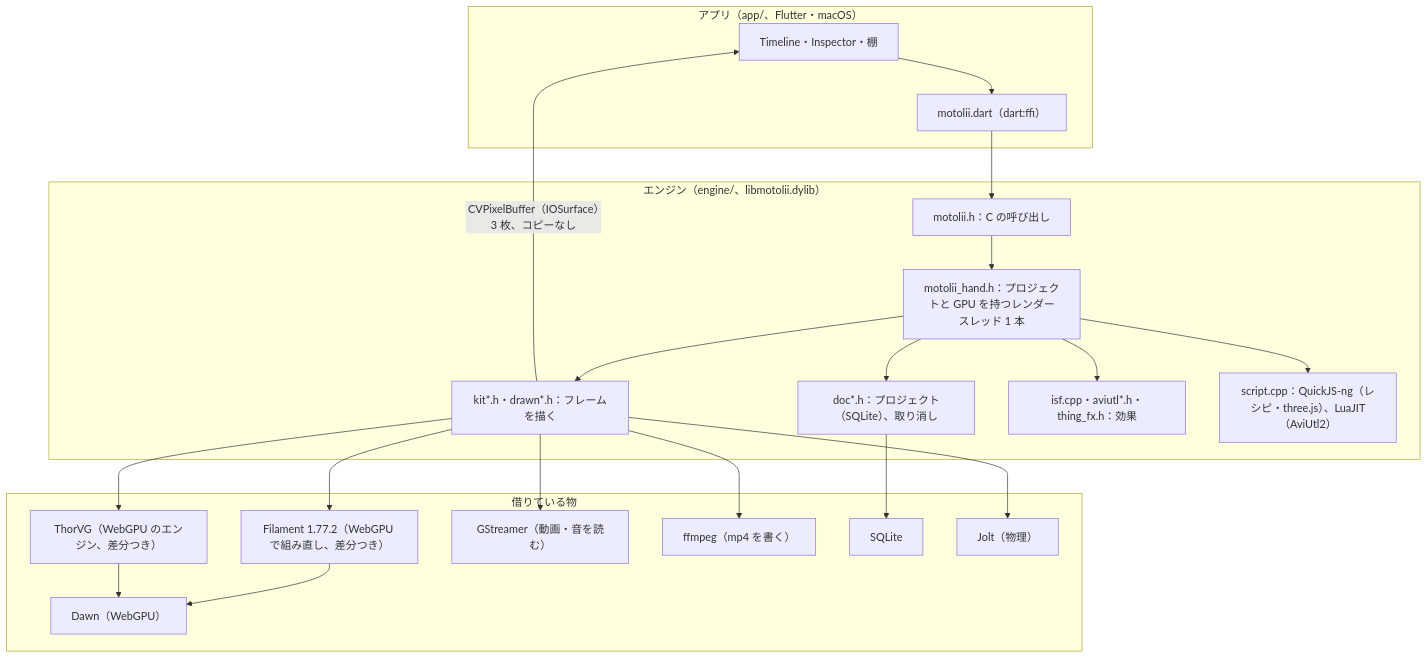
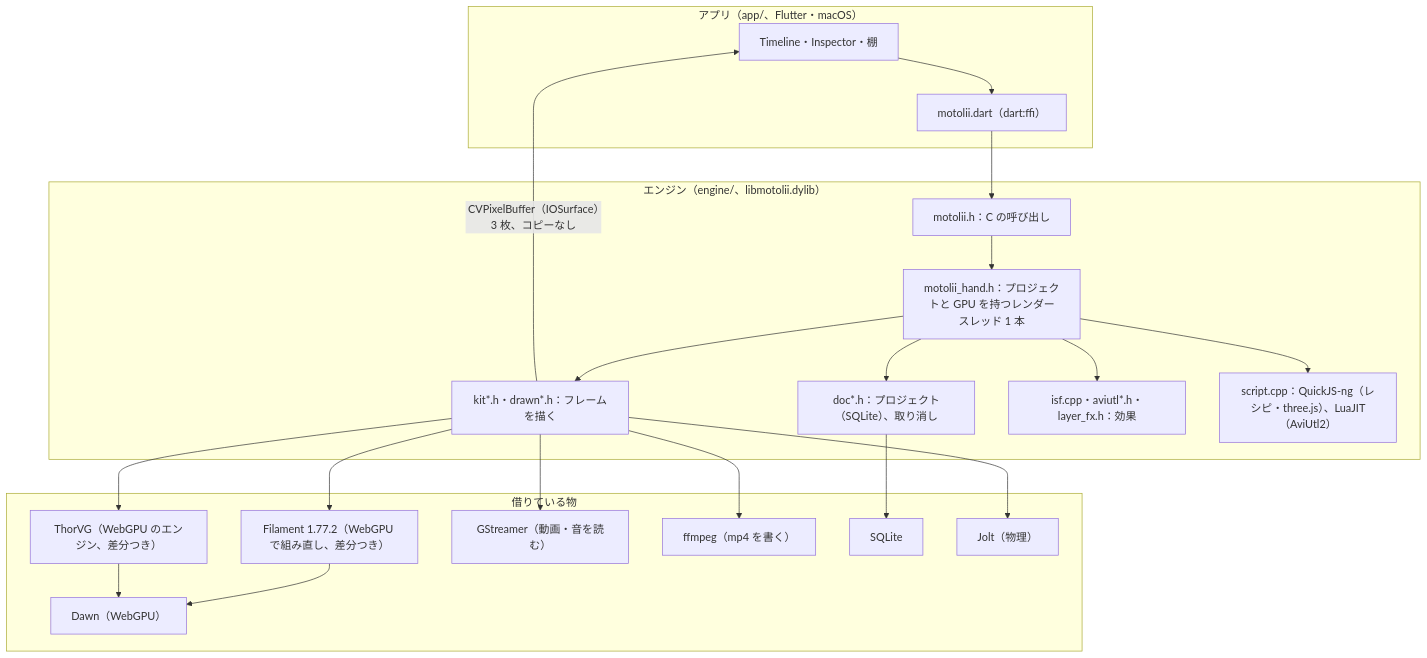
One commit to oshikaidesu/motolii changed the diagram in docs/ARCHITECTURE.md. Above: the diagram before and after it, drawn with Mermaid. The commit also changed other lines of this file and 38 other files, not shown here.

````diff
--- a/docs/ARCHITECTURE.md
+++ b/docs/ARCHITECTURE.md
@@ -9,34 +9,34 @@
 ```mermaid
 flowchart TB
   subgraph Window["アプリ（app/、Flutter・macOS）"]
     UI["Timeline・Inspector・棚"]
     FFI["motolii.dart（dart:ffi）"]
   end
   subgraph Inside["エンジン（engine/、libmotolii.dylib）"]
     API["motolii.h：C の呼び出し"]
     Hand["motolii_hand.h：プロジェクトと GPU を持つレンダースレッド 1 本"]
     Doc["doc*.h：プロジェクト（SQLite）、取り消し"]
     Kit["kit*.h・drawn*.h：フレームを描く"]
-    FX["isf.cpp・aviutl*.h・thing_fx.h：効果"]
+    FX["isf.cpp・aviutl*.h・layer_fx.h：効果"]
     Script["script.cpp：QuickJS-ng（レシピ・three.js）、LuaJIT（AviUtl2）"]
   end
   subgraph Libs["借りている物"]
     Filament["Filament 1.77.2（WebGPU で組み直し、差分つき）"]
     ThorVG["ThorVG（WebGPU のエンジン、差分つき）"]
     Dawn["Dawn（WebGPU）"]
     Gst["GStreamer（動画・音を読む）"]
     FF["ffmpeg（mp4 を書く）"]
     SQLite["SQLite"]
     Jolt["Jolt（物理）"]
   end
   UI --> FFI --> API --> Hand
   Hand --> Doc --> SQLite
   Hand --> Kit --> Filament --> Dawn
   Kit --> ThorVG --> Dawn
   Hand --> FX
   Hand --> Script
   Kit --> Gst
   Kit --> FF
   Kit --> Jolt
   Kit -- "CVPixelBuffer（IOSurface）3 枚、コピーなし" --> UI
 ```
````
